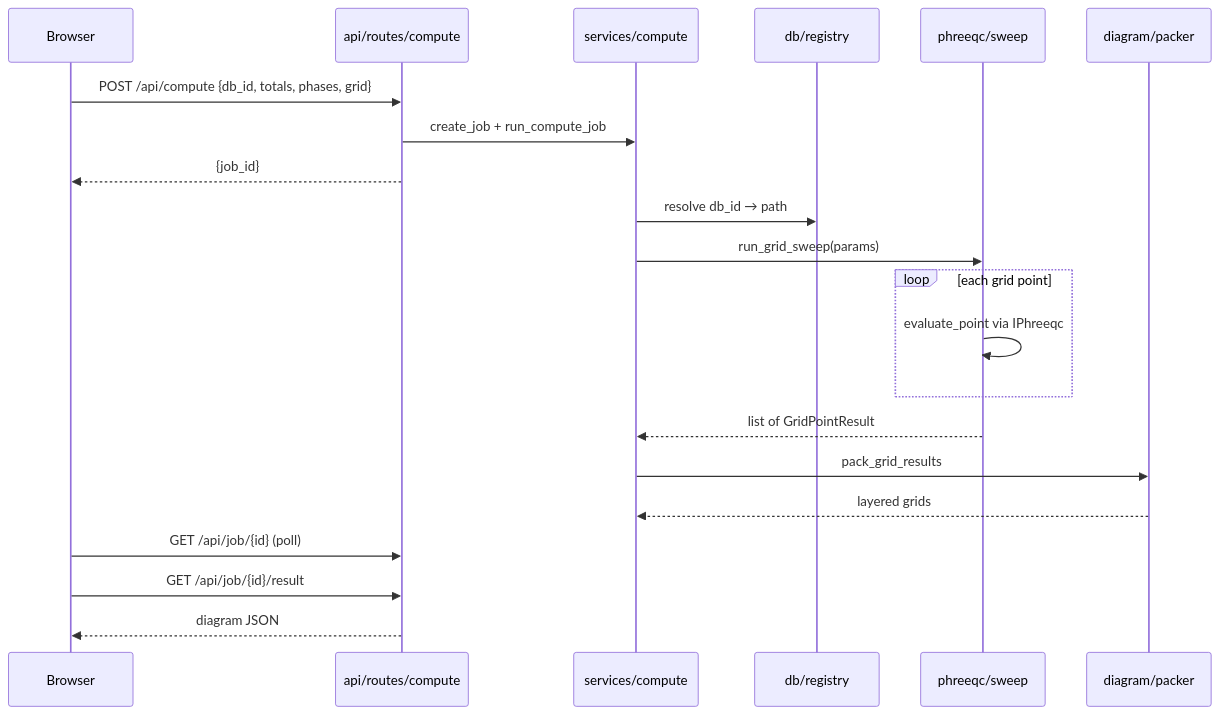
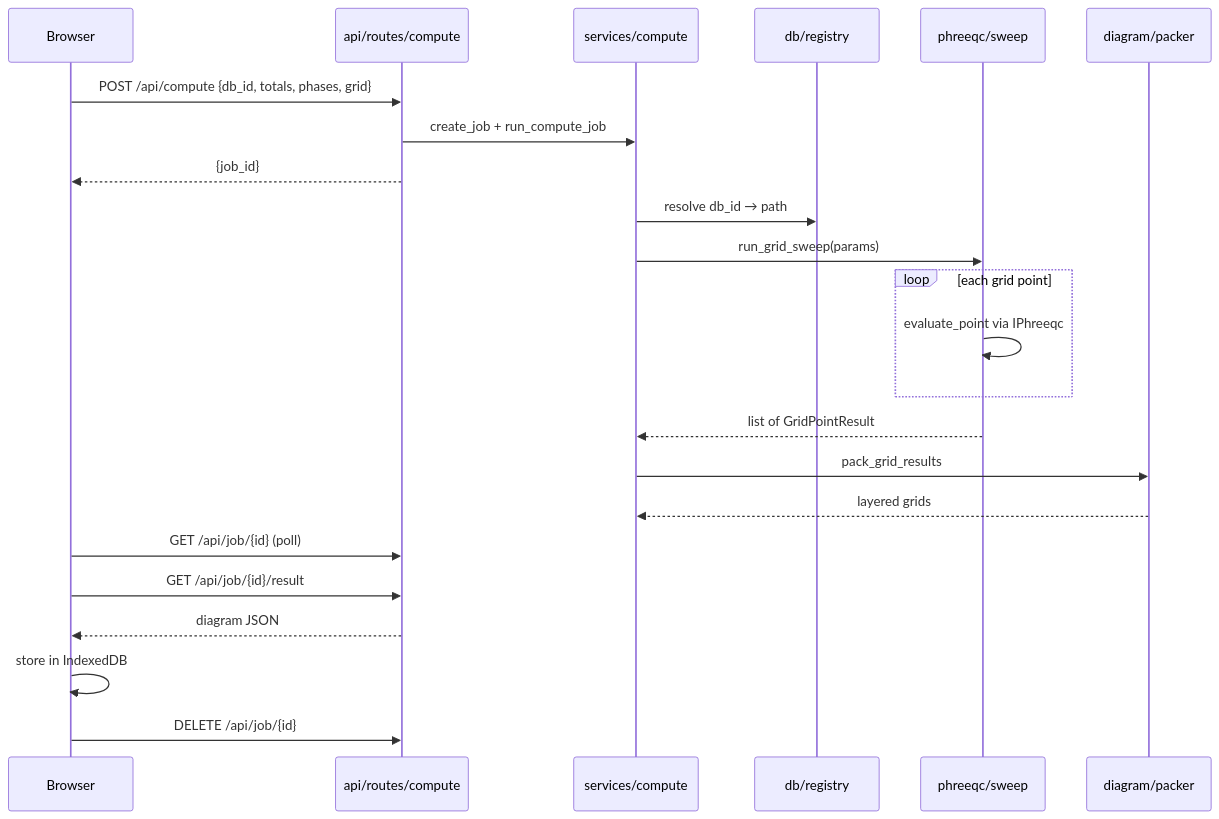
Before and after one commit to Matteo-Loche/Phaser: the second of 2 diagrams in README.md, drawn with Mermaid. The commit also changed other lines of this file and 10 other files, not shown here.

````diff
--- a/README.md
+++ b/README.md
@@ -248,24 +283,26 @@
 ```mermaid
 sequenceDiagram
     participant UI as Browser
     participant API as api/routes/compute
     participant Job as services/compute
     participant Reg as db/registry
     participant Sw as phreeqc/sweep
     participant Pack as diagram/packer
 
     UI->>API: POST /api/compute {db_id, totals, phases, grid}
     API->>Job: create_job + run_compute_job
     API-->>UI: {job_id}
     Job->>Reg: resolve db_id → path
     Job->>Sw: run_grid_sweep(params)
   loop each grid point
         Sw->>Sw: evaluate_point via IPhreeqc
     end
     Sw-->>Job: list of GridPointResult
     Job->>Pack: pack_grid_results
     Pack-->>Job: layered grids
     UI->>API: GET /api/job/{id} (poll)
     UI->>API: GET /api/job/{id}/result
     API-->>UI: diagram JSON
+    UI->>UI: store in IndexedDB
+    UI->>API: DELETE /api/job/{id}
 ```
````
